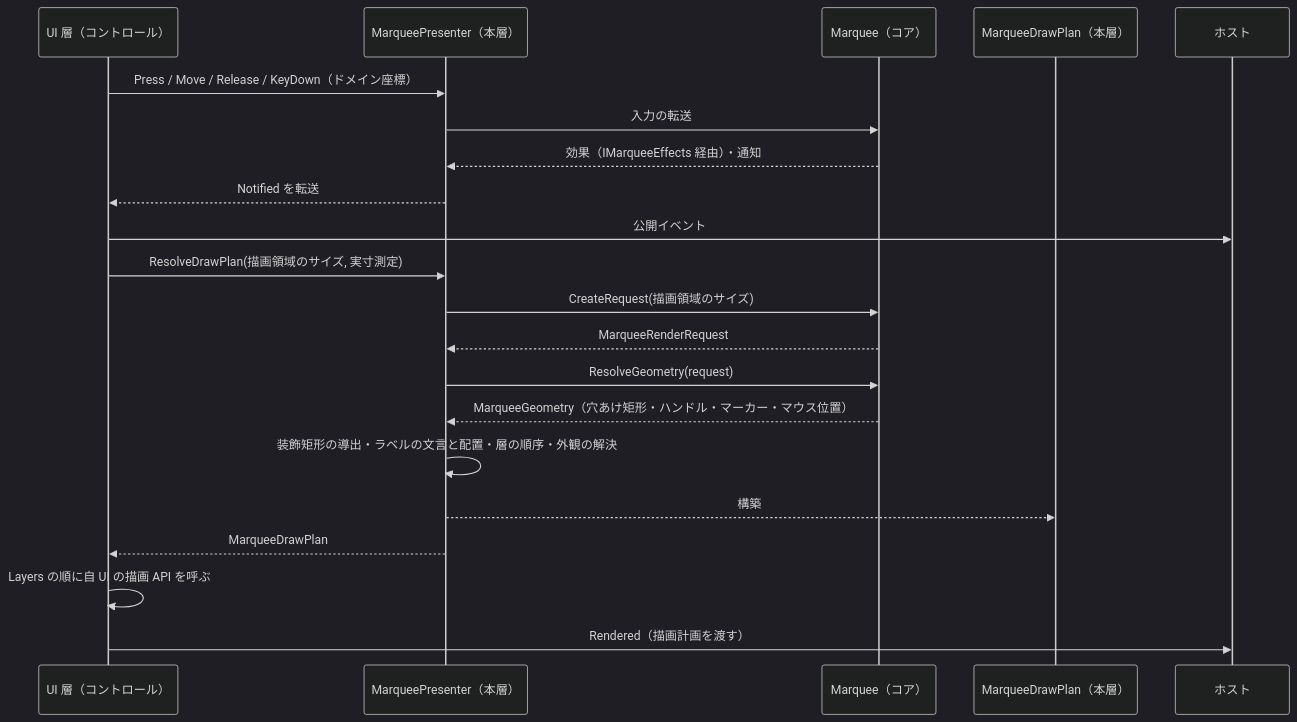
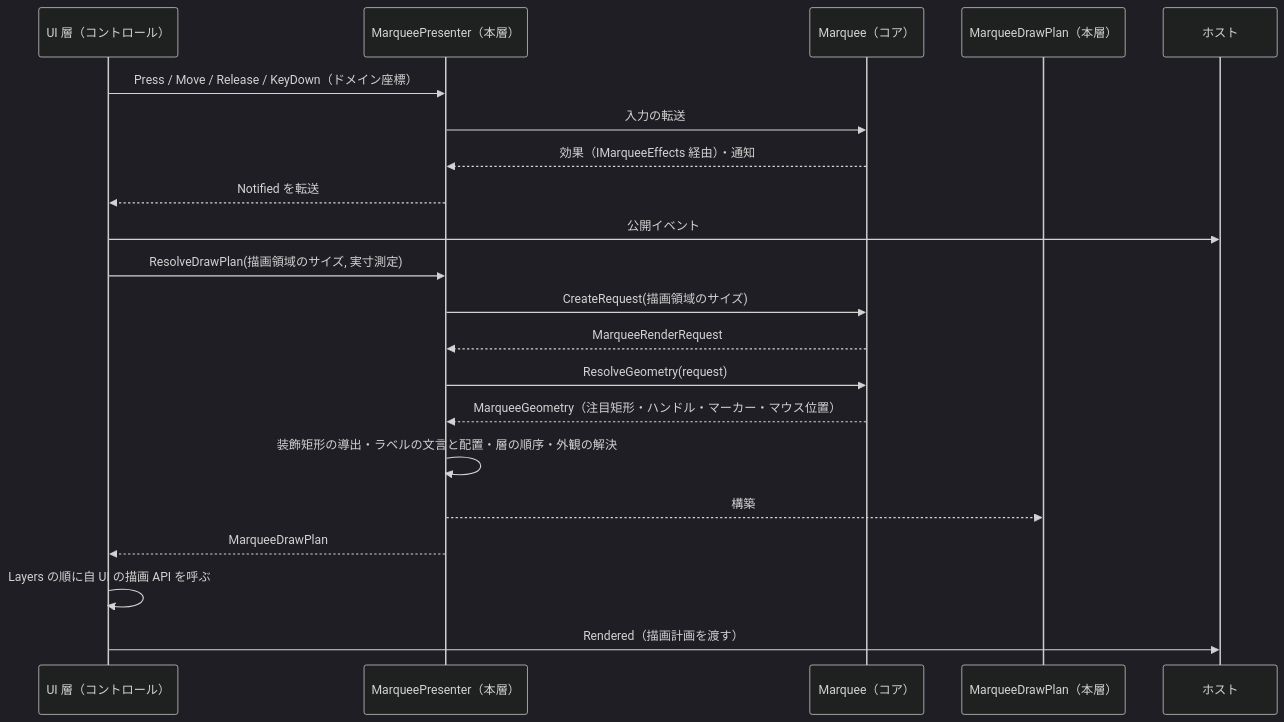
One commit to tomokuni/SaveEvidence changed the first of 2 diagrams in src/Feature.Marquee.Presenter/docs/SPEC_System.md. Above: the diagram before and after it, drawn with Mermaid (dark theme). The commit also changed other lines of this file and 106 other files, not shown here.

````diff
--- a/src/Feature.Marquee.Presenter/docs/SPEC_System.md
+++ b/src/Feature.Marquee.Presenter/docs/SPEC_System.md
@@ -47,24 +47,24 @@
 ```mermaid
 sequenceDiagram
     participant UI as UI 層（コントロール）
     participant P as MarqueePresenter（本層）
     participant M as Marquee（コア）
     participant D as MarqueeDrawPlan（本層）
     participant H as ホスト
 
     UI->>P: Press / Move / Release / KeyDown（ドメイン座標）
     P->>M: 入力の転送
     M-->>P: 効果（IMarqueeEffects 経由）・通知
     P-->>UI: Notified を転送
     UI->>H: 公開イベント
     UI->>P: ResolveDrawPlan(描画領域のサイズ, 実寸測定)
     P->>M: CreateRequest(描画領域のサイズ)
     M-->>P: MarqueeRenderRequest
     P->>M: ResolveGeometry(request)
-    M-->>P: MarqueeGeometry（穴あけ矩形・ハンドル・マーカー・マウス位置）
+    M-->>P: MarqueeGeometry（注目矩形・ハンドル・マーカー・マウス位置）
     P->>P: 装飾矩形の導出・ラベルの文言と配置・層の順序・外観の解決
     P-->>D: 構築
     P-->>UI: MarqueeDrawPlan
     UI->>UI: Layers の順に自 UI の描画 API を呼ぶ
     UI->>H: Rendered（描画計画を渡す）
 ```
````
